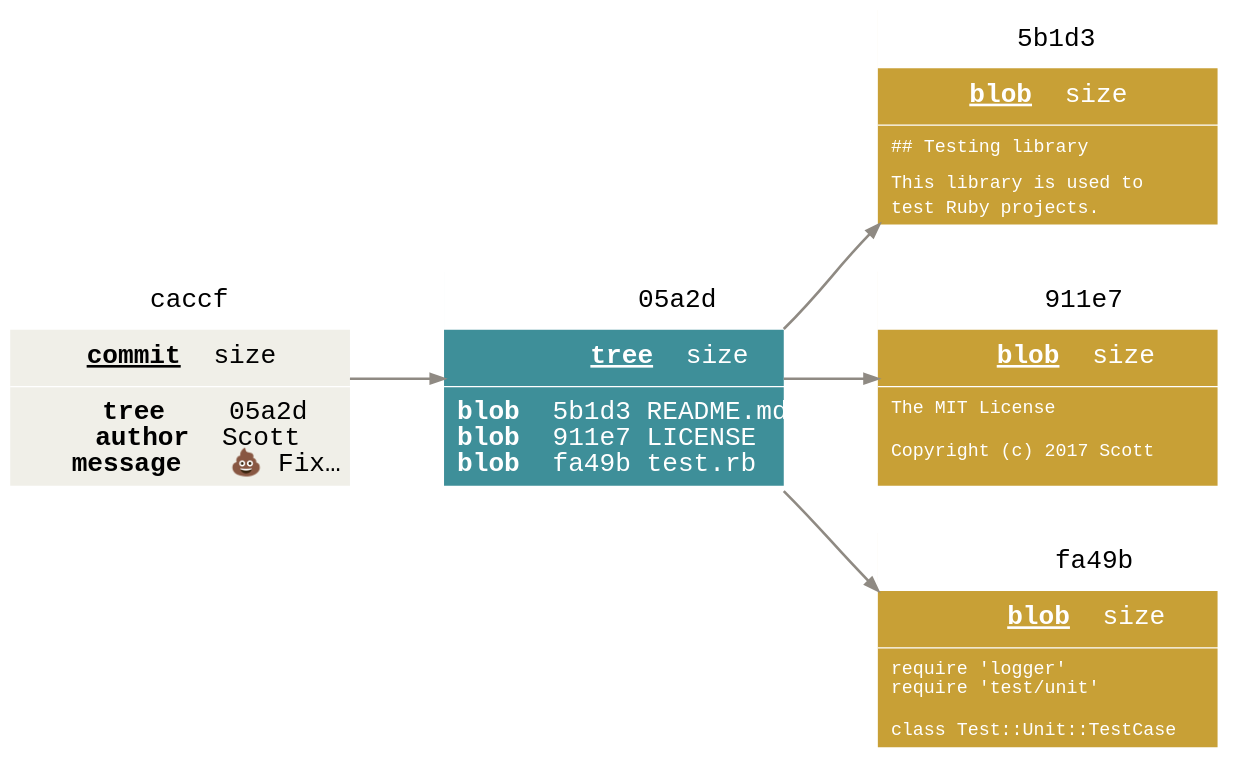
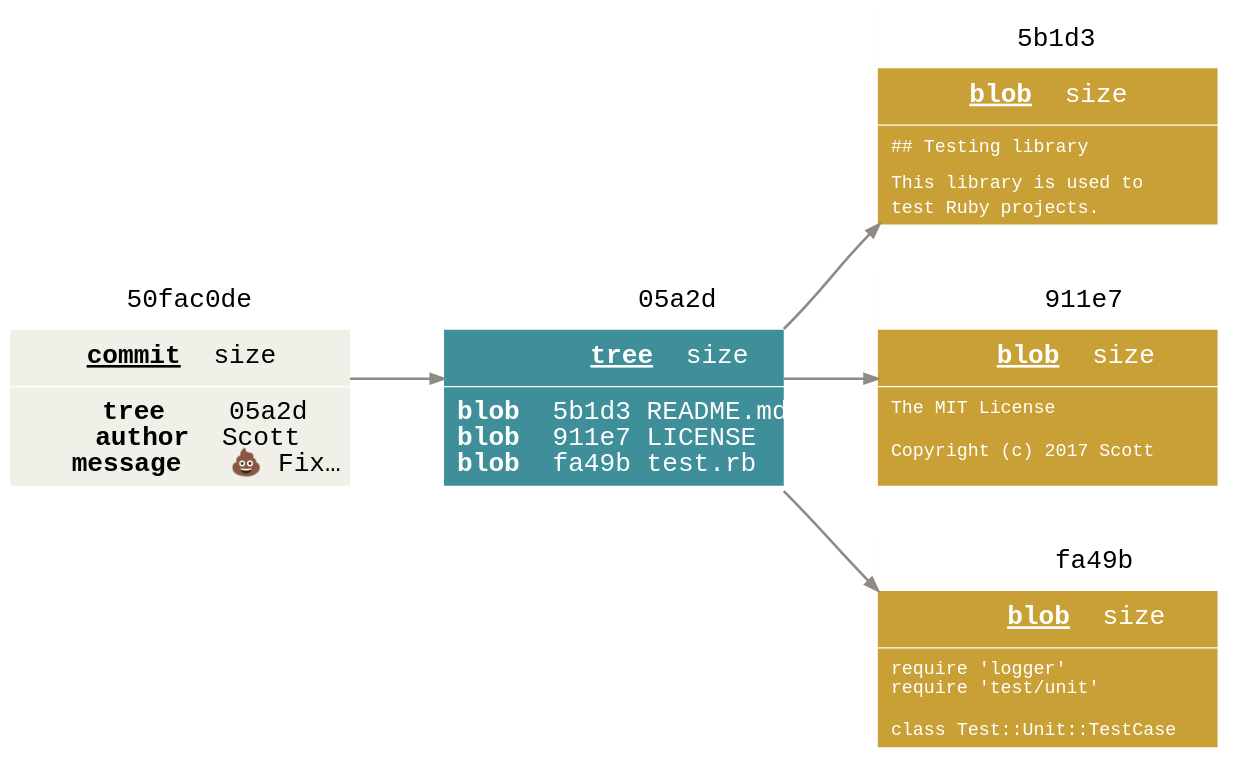
The diagram in images/internals/commit-objects.gv (agross/git-reveal), drawn with Graphviz before and after one commit. The commit also changed 26 other files, not shown here.

```diff
--- a/images/internals/commit-objects.gv
+++ b/images/internals/commit-objects.gv
@@ -1,171 +1,171 @@
 digraph Git {
   bgcolor="transparent"
 
   rankdir=LR
   ranksep=1
   nodesep=.5
 
   edge [color="#8f8a83"
         penwidth=2
         dir="forward"]
   node [shape=box
         fontname="Menlo, Monaco, Consolas, Lucida Console, Courier New, monospace"
         fontsize=20
         margin="0,0"
         penwidth=0]
 
   node [fontcolor="#000000"
         fillcolor="transparent"]
   commit [label=<
     <table cellspacing="0"
            cellpadding="10"
            color="white"
            border="0"
            bgcolor="#f0efe8"
            fixedsize="true"
            width="260"
            height="164">
       <tr>
         <td border="1"
             width="260"
-            bgcolor="white"><font color="black">caccf</font></td>
+            bgcolor="white"><font color="black">50fac0de</font></td>
       </tr>
       <tr>
         <td border="1"
             sides="b"><u><b>commit</b></u>   size</td>
       </tr>
       <tr>
         <td align="center"
             balign="center"><b>    tree</b>    05a2d<br />
   <b>author</b>   Scott<br />
  <b>   message</b>   💩 Fix…</td>
       </tr>
     </table>
     >]
 
   node [fontcolor="#ffffff"
         fillcolor="transparent"]
   tree [label=<
     <table cellspacing="0"
            cellpadding="10"
            color="white"
            border="0"
            bgcolor="#3e8f99"
            fixedsize="true"
            width="260"
            height="164">
       <tr>
         <td border="1"
             width="260"
             bgcolor="white"><font color="black">05a2d</font></td>
       </tr>
       <tr>
         <td border="1"
             sides="b"
             port="port_n"><u><b>tree</b></u>   size</td>
       </tr>
       <tr>
         <td align="left"
             balign="left"
             port="port_s"><b>blob</b>   5b1d3 README.md<br />
 <b>blob</b>   911e7 LICENSE<br />
 <b>blob</b>   fa49b test.rb
         </td>
       </tr>
     </table>
     >]
 
   node [fontcolor="#ffffff"
         fillcolor="transparent"]
   blob1 [label=<
     <table cellspacing="0"
            cellpadding="10"
            color="white"
            border="0"
            bgcolor="#c8a036"
            fixedsize="true"
            width="260"
            height="164">
       <tr>
         <td border="1"
             width="260"
             bgcolor="white"><font color="black">5b1d3</font></td>
       </tr>
       <tr>
         <td border="1"
             sides="b"><b><u>blob</u></b>   size</td>
       </tr>
       <tr>
         <td align="left"
             balign="left"><font point-size="14">## Testing library<br />
 <br />
 This library is used to<br />
 test Ruby projects.</font>
         </td>
       </tr>
     </table>
     >]
 
   blob2 [label=<
     <table cellspacing="0"
            cellpadding="10"
            color="white"
            border="0"
            bgcolor="#c8a036"
            fixedsize="true"
            width="260"
            height="164">
       <tr>
         <td border="1"
             width="260"
             bgcolor="white"><font color="black">911e7</font></td>
       </tr>
       <tr>
         <td border="1"
             sides="b"><b><u>blob</u></b>   size</td>
       </tr>
       <tr>
         <td align="left"
             balign="left"><font point-size="14">The MIT License<br />
 <br />
 Copyright (c) 2017 Scott</font>
         </td>
       </tr>
     </table>
     >]
 
   blob3 [label=<
     <table cellspacing="0"
            cellpadding="10"
            color="white"
            border="0"
            bgcolor="#c8a036"
            fixedsize="true"
            width="260"
            height="164">
       <tr>
         <td border="1"
             width="260"
             bgcolor="white"><font color="black">fa49b</font></td>
       </tr>
       <tr>
         <td border="1"
             sides="b"
             port="port"><b><u>blob</u></b>   size</td>
       </tr>
       <tr>
         <td align="left"
             balign="left"><font point-size="14">require 'logger'<br />
 require 'test/unit'<br />
 <br />
 class Test::Unit::TestCase</font>
         </td>
       </tr>
     </table>
     >]
 
   commit -> tree
   tree:port_n:ne -> blob1:sw
   tree:e -> blob2
   tree:port_s:se -> blob3:port:nw
 }
```
